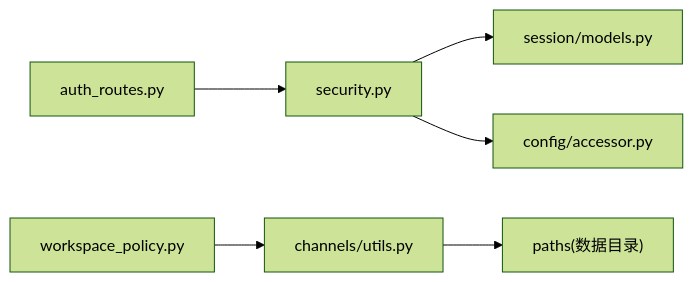
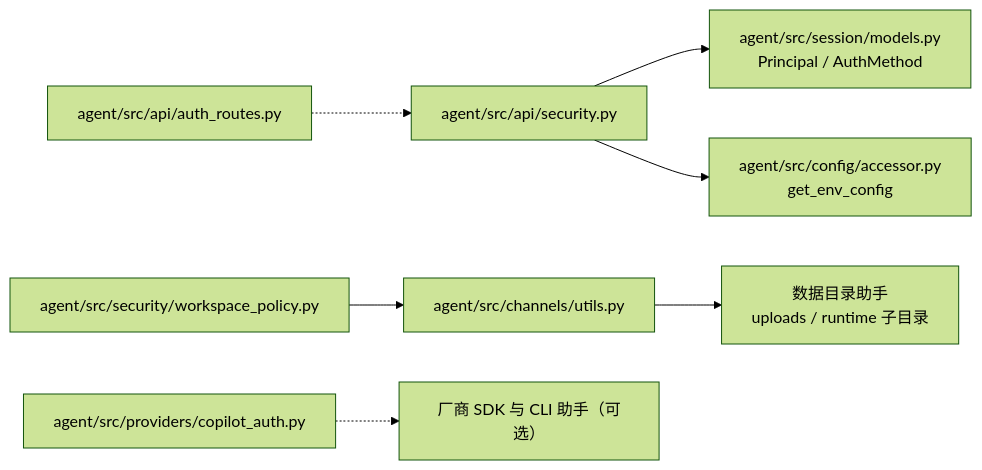
Before and after one commit to hjfire/vibe-trading-fw: the seventh of 7 diagrams in repowiki/topics/安全与治理/认证与授权.md, drawn with Mermaid (forest theme). The commit also changed other lines of this file and 5 other files, not shown here.

````diff
--- a/repowiki/topics/安全与治理/认证与授权.md
+++ b/repowiki/topics/安全与治理/认证与授权.md
@@ -319,8 +394,9 @@
 ```mermaid
 graph LR
-Sec["security.py"] --> Models["session/models.py"]
-Sec --> Config["config/accessor.py"]
-AuthRoutes["auth_routes.py"] --> Sec
-Utils["channels/utils.py"] --> Paths["paths(数据目录)"]
-WorkspacePolicy["workspace_policy.py"] --> Utils
+Sec["agent/src/api/security.py"] --> Models["agent/src/session/models.py<br/>Principal / AuthMethod"]
+Sec --> Config["agent/src/config/accessor.py<br/>get_env_config"]
+Routes["agent/src/api/auth_routes.py"] -.-> Sec
+Policy["agent/src/security/workspace_policy.py"] --> Utils["agent/src/channels/utils.py"]
+Utils --> DataDir["数据目录助手<br/>uploads / runtime 子目录"]
+Provider["agent/src/providers/copilot_auth.py"] -.-> Sdk["厂商 SDK 与 CLI 助手（可选）"]
 ```
````
